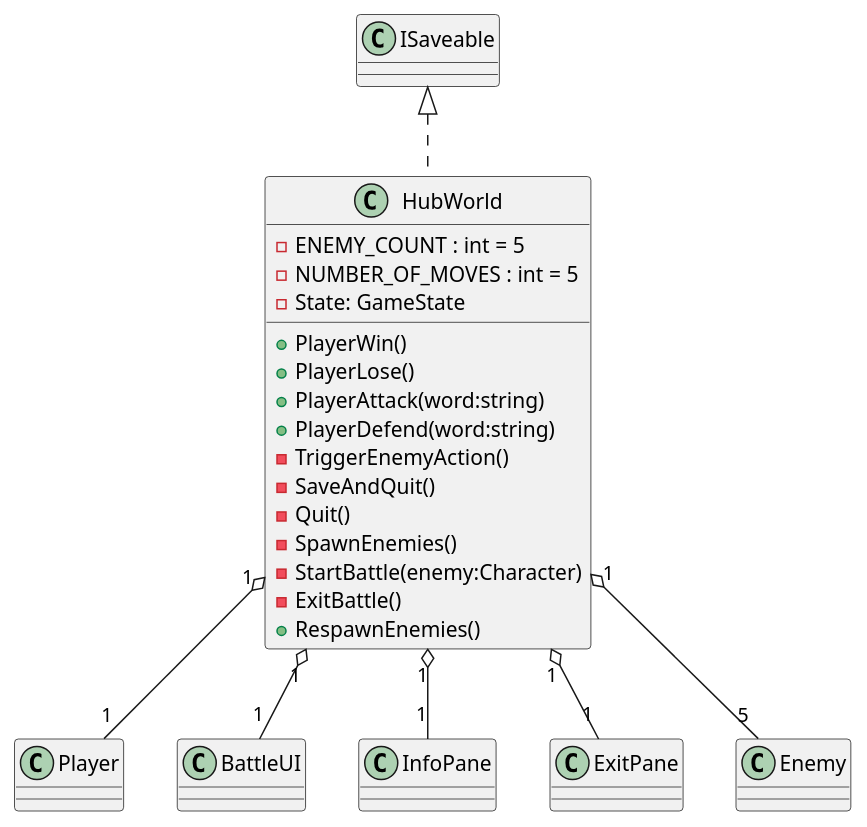
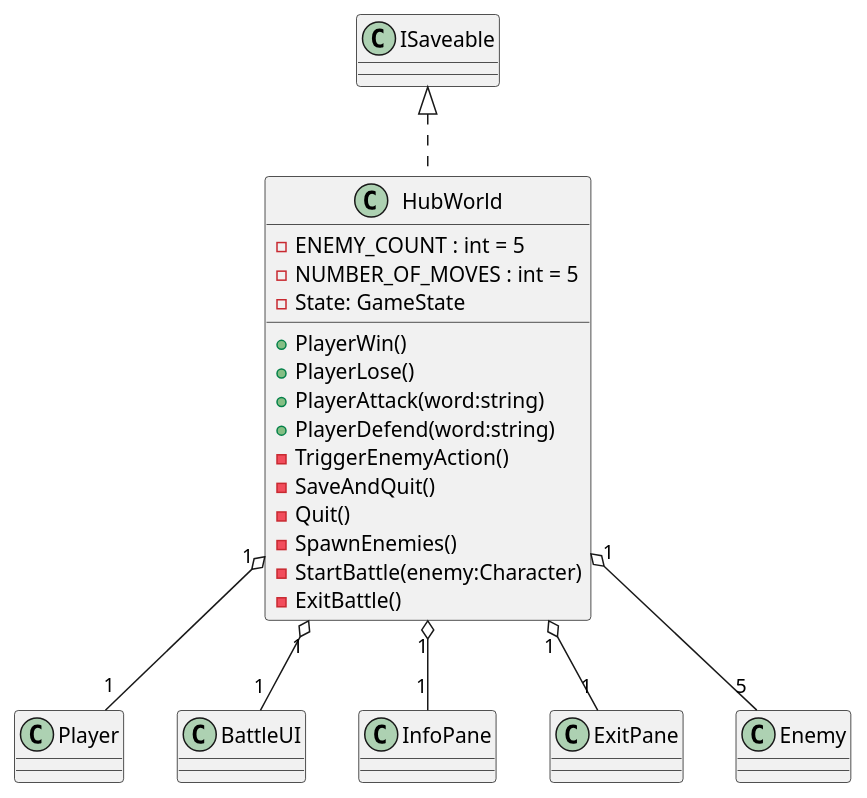
The diagram in PlantUML/scenes/HubWorld.puml (Leximon-SWE-2025/Leximon), drawn with PlantUML before and after one commit. The commit also changed 8 other files, not shown here.

Commit message:
update uml

```diff
--- a/PlantUML/scenes/HubWorld.puml
+++ b/PlantUML/scenes/HubWorld.puml
@@ -1,36 +1,36 @@
 @startuml Hub
 
 class HubWorld{
     - ENEMY_COUNT : int = 5
     - NUMBER_OF_MOVES : int = 5
     + PlayerWin() 
     + PlayerLose() 
     - State: GameState
     + PlayerAttack(word:string) 
     + PlayerDefend(word:string) 
     - TriggerEnemyAction() 
     - SaveAndQuit() 
     - Quit() 
     - SpawnEnemies() 
     - StartBattle(enemy:Character) 
     - ExitBattle() 
-    + RespawnEnemies() 
+    ' + RespawnEnemies() 
 }
 ' Node2D <|-- HubWorld
 ISaveable <|.. HubWorld
 
 ' HubWorld "1" *-- "1" GameState
 HubWorld "1" o-- "1" Player
 HubWorld "1" o-- "1" BattleUI
 HubWorld "1" o-- "1" InfoPane
 HubWorld "1" o-- "1" ExitPane
 HubWorld "1" o-- "5" Enemy
 
 ' HubWorld "1" *-- "1" Timer
 ' HubWorld "1" *-- "1" Camera2D
 
 ' HubWorld --> Character : Signals Battle State
 
 ' ISaveable <[hidden]- HubWorld
 
 @enduml
```
